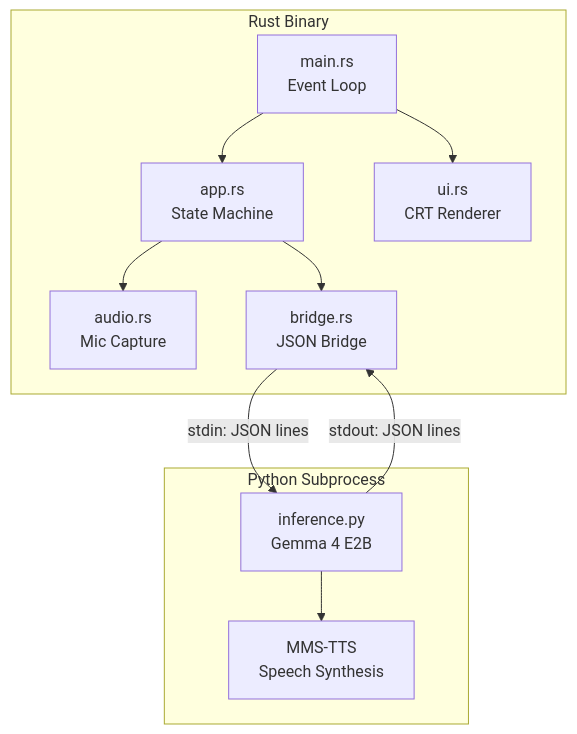
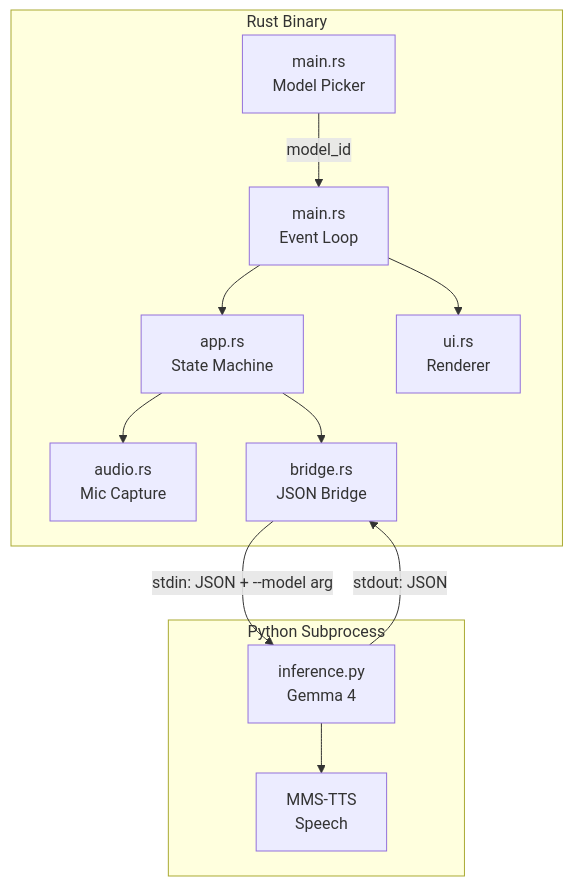
Before and after one commit to zixma13/terminator: the first of 2 diagrams in .agents/summary/architecture.md, drawn with Mermaid. The commit also changed other lines of this file and 9 other files, not shown here.

````diff
--- a/.agents/summary/architecture.md
+++ b/.agents/summary/architecture.md
@@ -7,23 +7,25 @@
 ```mermaid
 graph TB
     subgraph Rust["Rust Binary"]
+        Picker["main.rs<br/>Model Picker"]
         Main["main.rs<br/>Event Loop"]
         App["app.rs<br/>State Machine"]
-        UI["ui.rs<br/>CRT Renderer"]
+        UI["ui.rs<br/>Renderer"]
         Audio["audio.rs<br/>Mic Capture"]
         Bridge["bridge.rs<br/>JSON Bridge"]
     end
 
     subgraph Python["Python Subprocess"]
-        Inference["inference.py<br/>Gemma 4 E2B"]
-        TTS["MMS-TTS<br/>Speech Synthesis"]
+        Inference["inference.py<br/>Gemma 4"]
+        TTS["MMS-TTS<br/>Speech"]
     end
 
+    Picker -->|model_id| Main
     Main --> App
     Main --> UI
     App --> Audio
     App --> Bridge
-    Bridge -->|stdin: JSON lines| Inference
-    Inference -->|stdout: JSON lines| Bridge
+    Bridge -->|stdin: JSON + --model arg| Inference
+    Inference -->|stdout: JSON| Bridge
     Inference --> TTS
 ```
````
